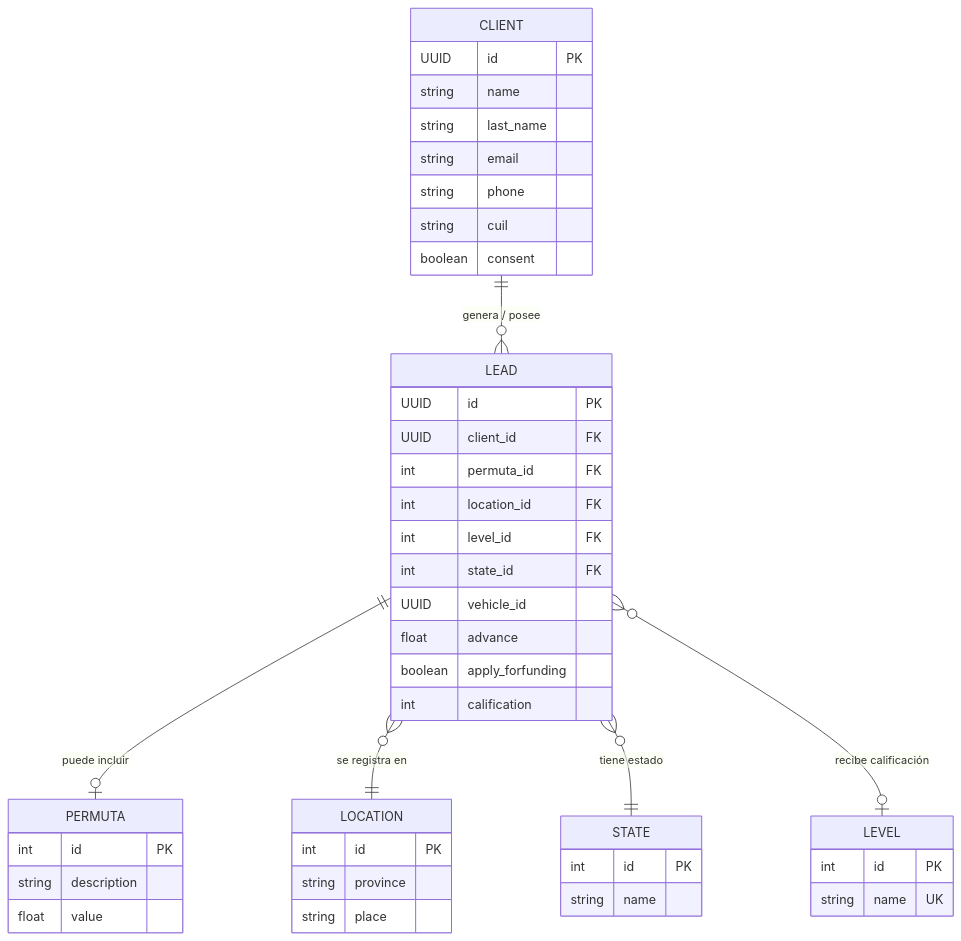
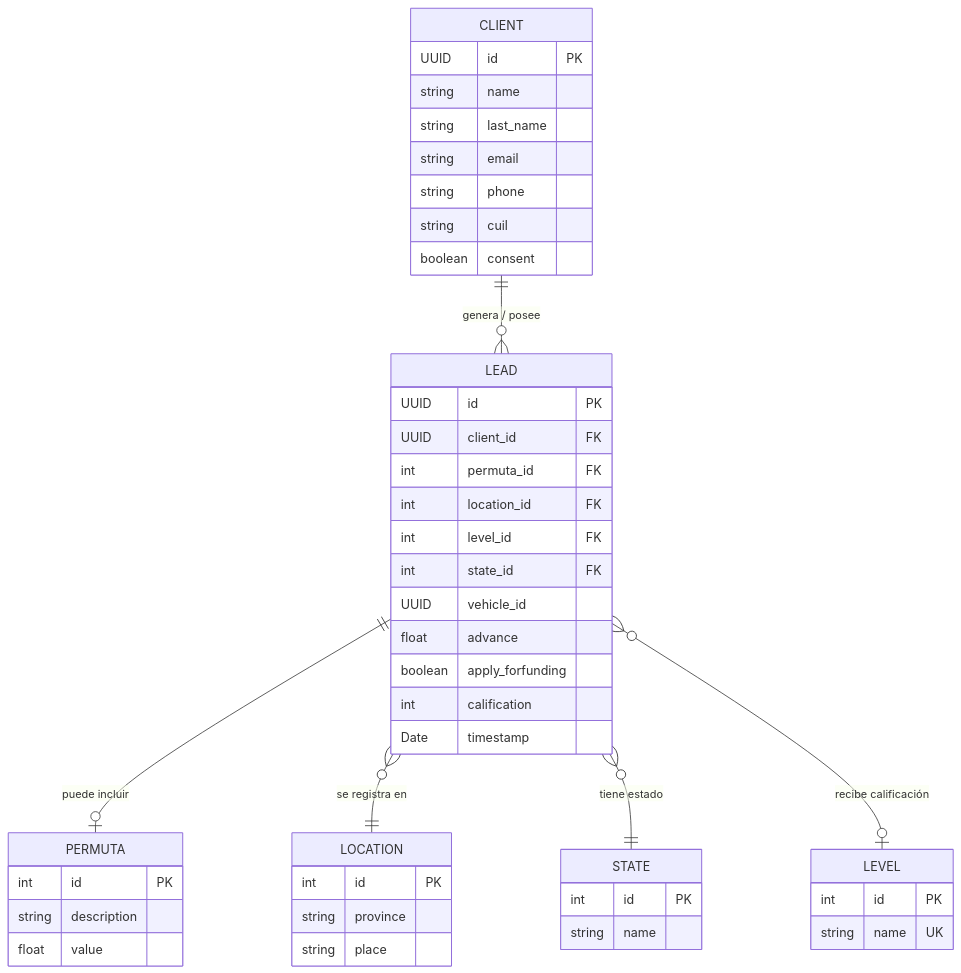
Before and after one commit to naimgaunaa/LeadsMicroservice: the diagram in docs/diagrams/der.mmd, drawn with Mermaid. The commit also changed 2 other files, not shown here.

Commit message:
Update env config and domain diagrams
This commit adds the service and environment variables used by the app to the example env file and documents the new lead timestamp field in the ER diagram. It also simplifies the class diagram by removing the concrete Lead/Permuta/Ubicacion model details and keeping the state-machine relationships clearer.

```diff
--- a/docs/diagrams/der.mmd
+++ b/docs/diagrams/der.mmd
@@ -1,55 +1,56 @@
 erDiagram
     %% Entidades de negocio principales
     CLIENT ||--o{ LEAD : "genera / posee"
     LEAD ||--o| PERMUTA : "puede incluir"
 
     %% Catálogos referenciados por el lead
     LEAD }o--|| LOCATION : "se registra en"
     LEAD }o--|| STATE : "tiene estado"
     LEAD }o--o| LEVEL : "recibe calificación"
 
     CLIENT {
         UUID id PK
         string name
         string last_name
         string email
         string phone
         string cuil
         boolean consent
     }
 
     LEAD{
         UUID id PK
         UUID client_id FK
         int permuta_id FK
         int location_id FK
         int level_id FK
         int state_id FK
         UUID vehicle_id
 
         float advance
         boolean apply_forfunding
         int calification
+        Date timestamp
     }
 
     PERMUTA{
         int id PK
         string description
         float value
     }
 
     LOCATION {
         int id PK
         string province
         string place
     }
 
     LEVEL {
         int id PK
         string name UK
     }
 
     STATE {
         int id PK
         string name
     }
```
